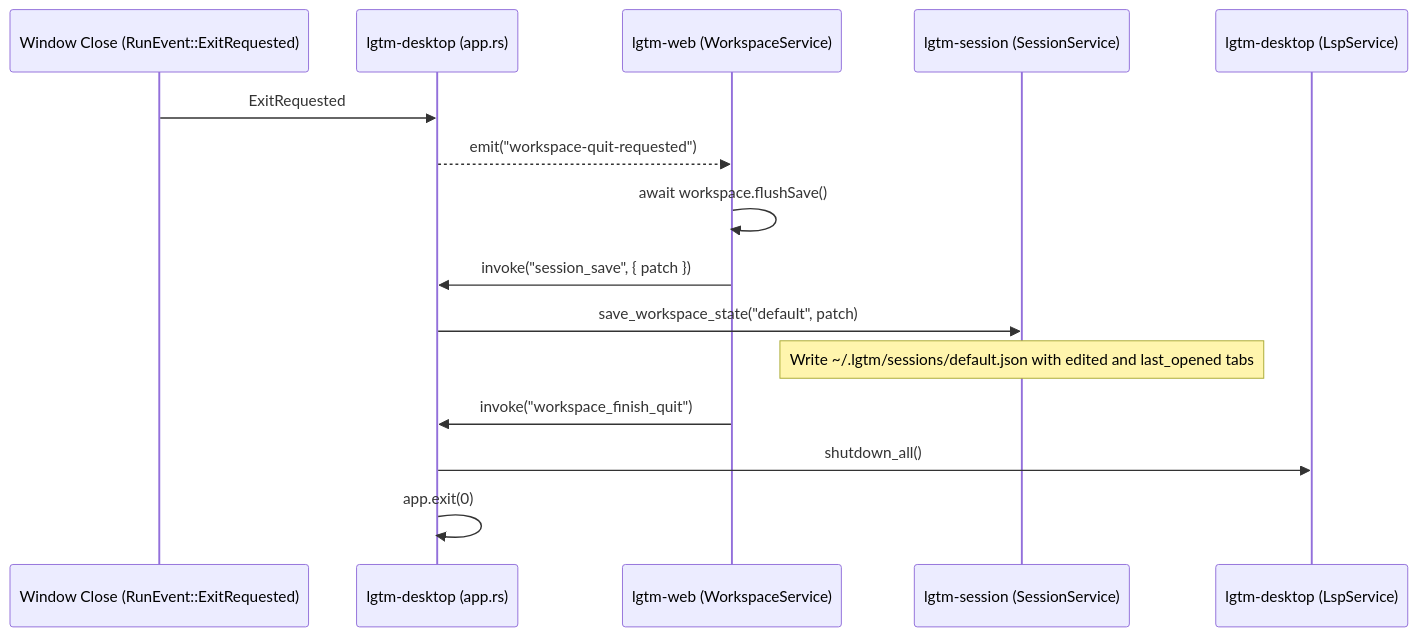
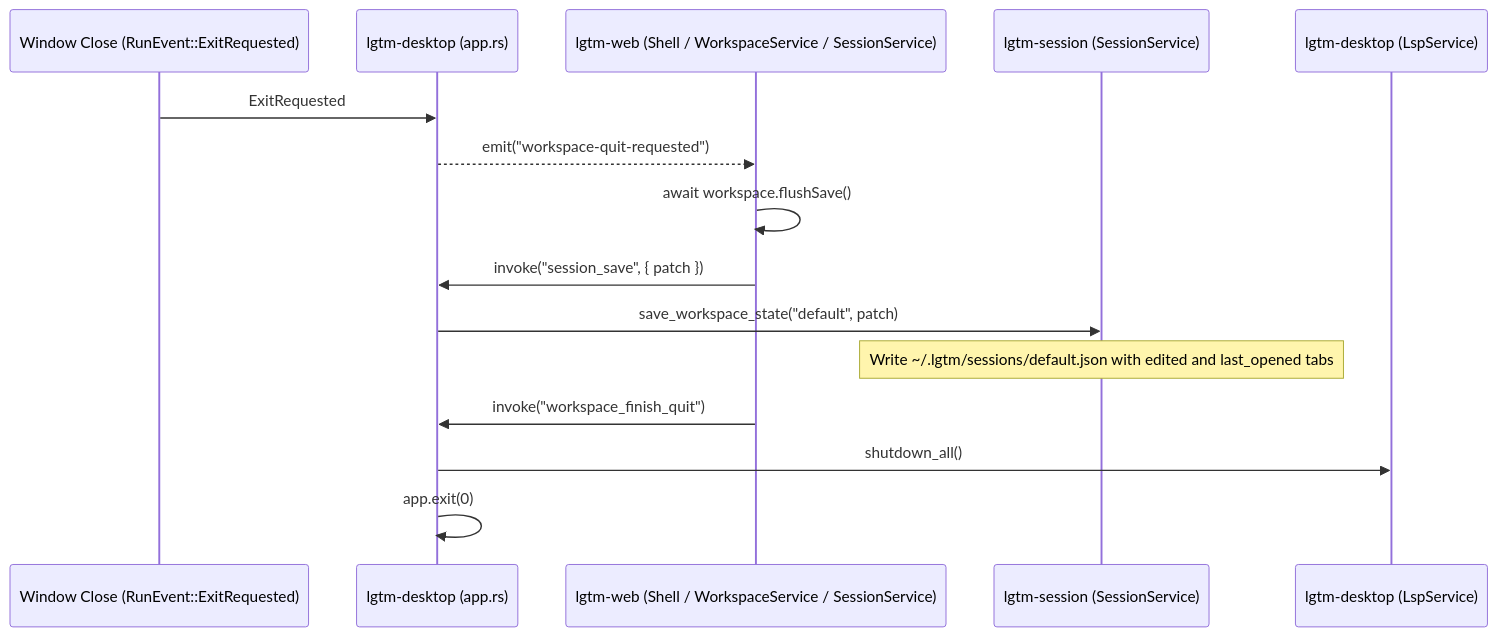
One commit to difflab-io/lgtm changed the fourth of 5 diagrams in docs/architecture/desktop/projects.md. Above: the diagram before and after it, drawn with Mermaid. The commit also changed other lines of this file and 17 other files, not shown here.

````diff
--- a/docs/architecture/desktop/projects.md
+++ b/docs/architecture/desktop/projects.md
@@ -133,18 +143,18 @@
 ```mermaid
 sequenceDiagram
     participant OS as Window Close (RunEvent::ExitRequested)
     participant Host as lgtm-desktop (app.rs)
-    participant UI as lgtm-web (WorkspaceService)
+    participant UI as lgtm-web (Shell / WorkspaceService / SessionService)
     participant Sess as lgtm-session (SessionService)
     participant Lsp as lgtm-desktop (LspService)
 
     OS->>Host: ExitRequested
     Host-->>UI: emit("workspace-quit-requested")
     UI->>UI: await workspace.flushSave()
     UI->>Host: invoke("session_save", { patch })
     Host->>Sess: save_workspace_state("default", patch)
     Note over Sess: Write ~/.lgtm/sessions/default.json with edited and last_opened tabs
     UI->>Host: invoke("workspace_finish_quit")
     Host->>Lsp: shutdown_all()
     Host->>Host: app.exit(0)
 ```
````
